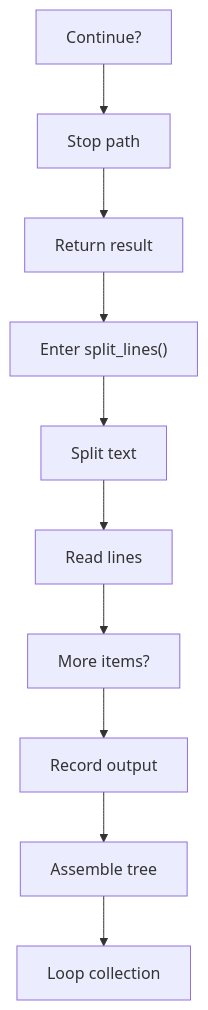
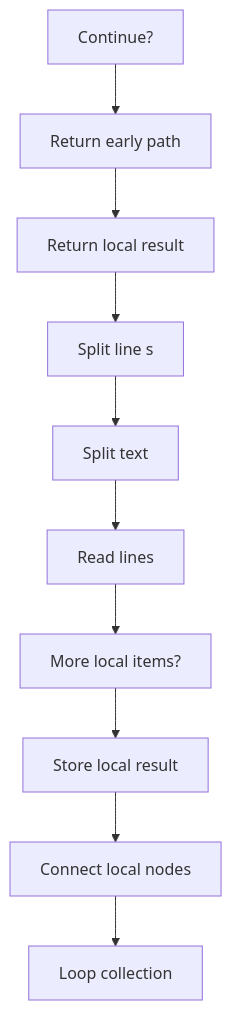
The third of 6 diagrams in docs/Codebase/Microservice/Modules/Source/Trees/ClassGeneration/Actual/Internal/Line/Flow/line_program_flow.cpp.md (JohnAndrewBalbarosa/NeoTerritory), drawn with Mermaid before and after one commit. The commit also changed other lines of this file and 925 other files, not shown here.

````diff
--- a/docs/Codebase/Microservice/Modules/Source/Trees/ClassGeneration/Actual/Internal/Line/Flow/line_program_flow.cpp.md
+++ b/docs/Codebase/Microservice/Modules/Source/Trees/ClassGeneration/Actual/Internal/Line/Flow/line_program_flow.cpp.md
@@ -67,22 +67,22 @@
 ```mermaid
 flowchart TD
     N0["Continue?"]
-    N1["Stop path"]
-    N2["Return result"]
-    N3["Enter split_lines()"]
+    N1["Return early path"]
+    N2["Return local result"]
+    N3["Split line s"]
     N4["Split text"]
     N5["Read lines"]
-    N6["More items?"]
-    N7["Record output"]
-    N8["Assemble tree"]
+    N6["More local items?"]
+    N7["Store local result"]
+    N8["Connect local nodes"]
     N9["Loop collection"]
     N0 --> N1
     N1 --> N2
     N2 --> N3
     N3 --> N4
     N4 --> N5
     N5 --> N6
     N6 --> N7
     N7 --> N8
     N8 --> N9
 ```
````
